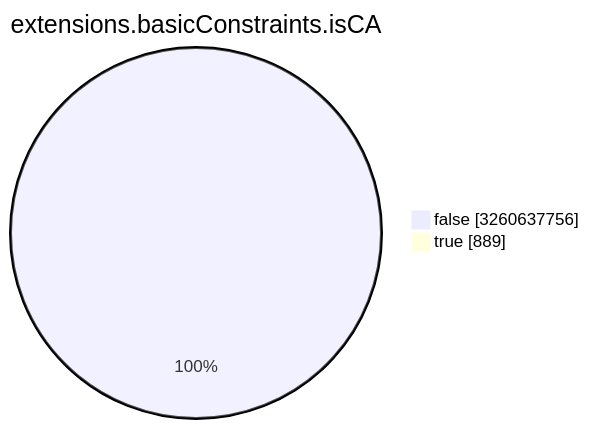
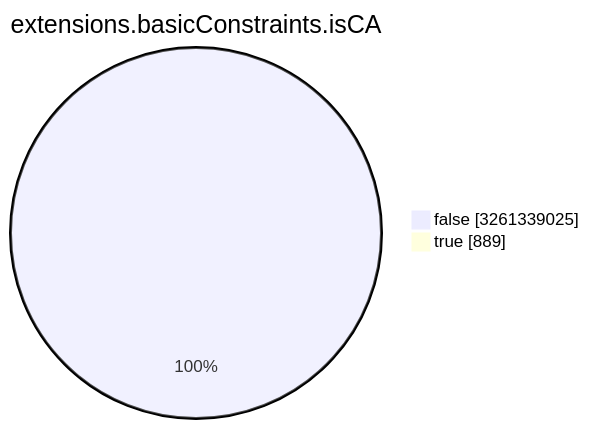
Before and after one commit to christiankrug/ctmonitor_visualization: the seventh of 15 diagrams in TOTAL/README.md, drawn with Mermaid. The commit also changed other lines of this file, not shown here.

````diff
--- a/TOTAL/README.md
+++ b/TOTAL/README.md
@@ -3088,6 +3088,6 @@
 ```mermaid
 pie showData
 title extensions.basicConstraints.isCA
-"false" :3260637756
+"false" :3261339025
 "true" :889
 ```
````
